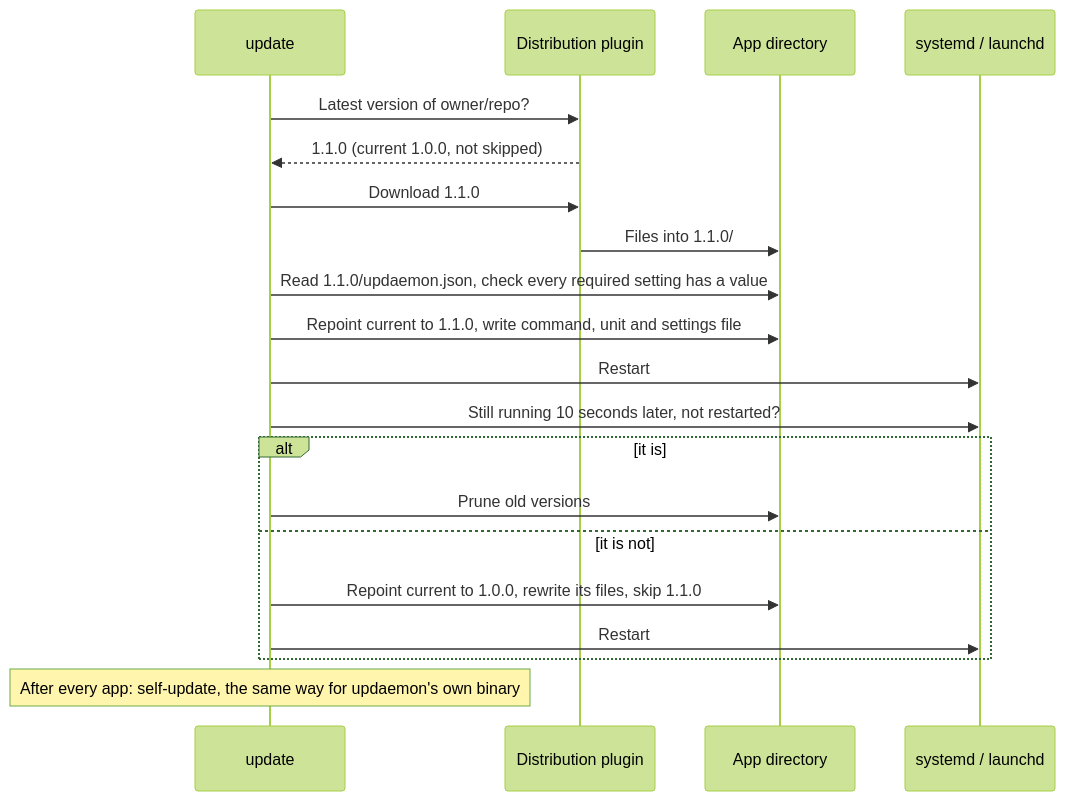
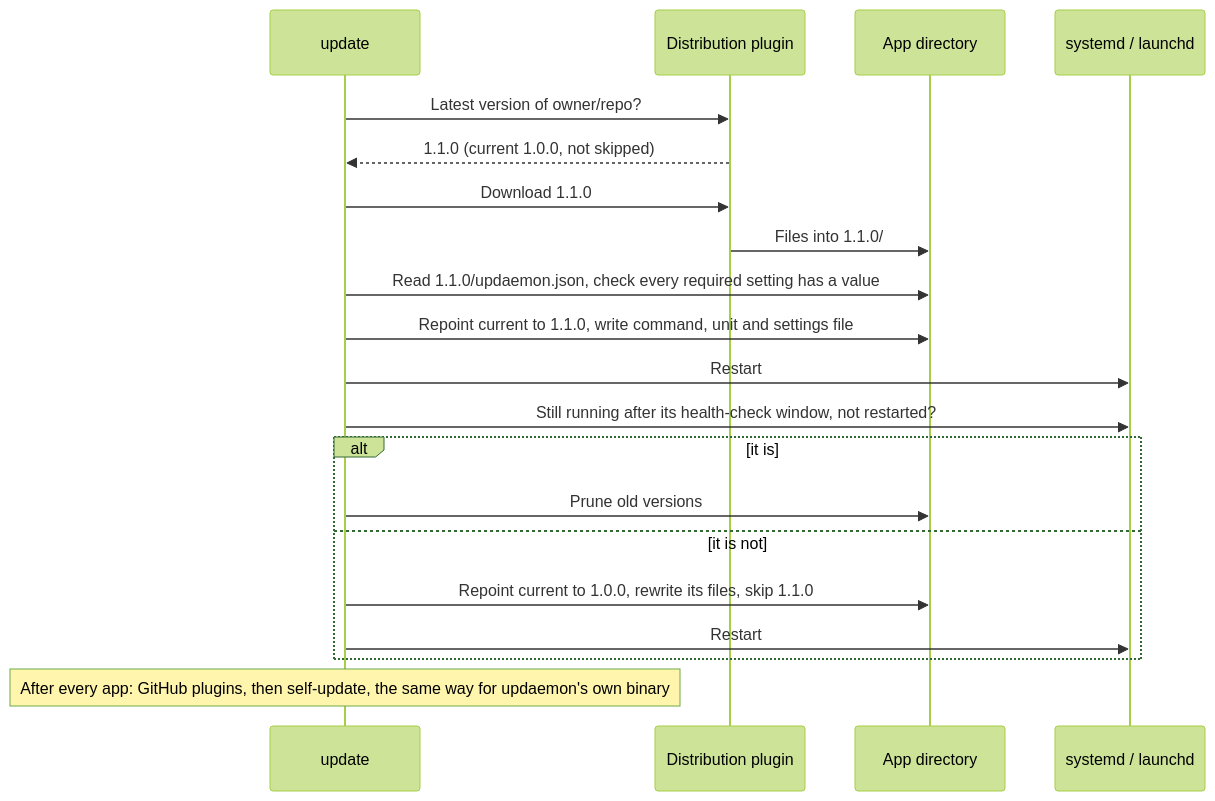
Before and after one commit to AdamTovatt/updaemon: the second of 5 diagrams in README.md, drawn with Mermaid (forest theme). The commit also changed other lines of this file and 50 other files, not shown here.

Commit message:
add per-app health-check window, github-source plugins and the linger warning

````diff
--- a/README.md
+++ b/README.md
@@ -542,23 +550,23 @@
 ```mermaid
 sequenceDiagram
     participant Update as update
     participant Plugin as Distribution plugin
     participant Disk as App directory
     participant Manager as systemd / launchd
 
     Update->>Plugin: Latest version of owner/repo?
     Plugin-->>Update: 1.1.0 (current 1.0.0, not skipped)
     Update->>Plugin: Download 1.1.0
     Plugin->>Disk: Files into 1.1.0/
     Update->>Disk: Read 1.1.0/updaemon.json, check every required setting has a value
     Update->>Disk: Repoint current to 1.1.0, write command, unit and settings file
     Update->>Manager: Restart
-    Update->>Manager: Still running 10 seconds later, not restarted?
+    Update->>Manager: Still running after its health-check window, not restarted?
     alt it is
         Update->>Disk: Prune old versions
     else it is not
         Update->>Disk: Repoint current to 1.0.0, rewrite its files, skip 1.1.0
         Update->>Manager: Restart
     end
-    Note over Update: After every app: self-update, the same way for updaemon's own binary
+    Note over Update: After every app: GitHub plugins, then self-update, the same way for updaemon's own binary
 ```
````
